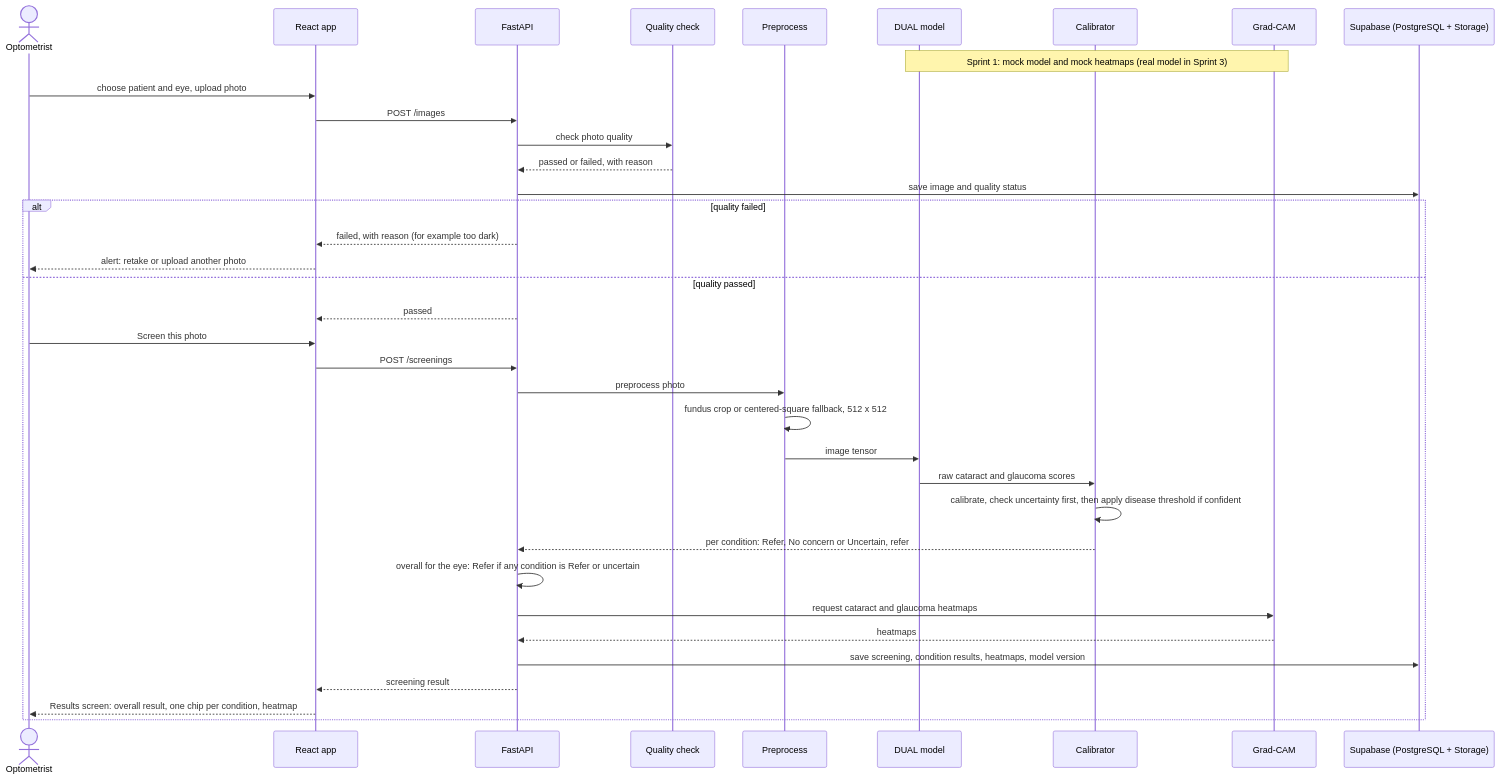
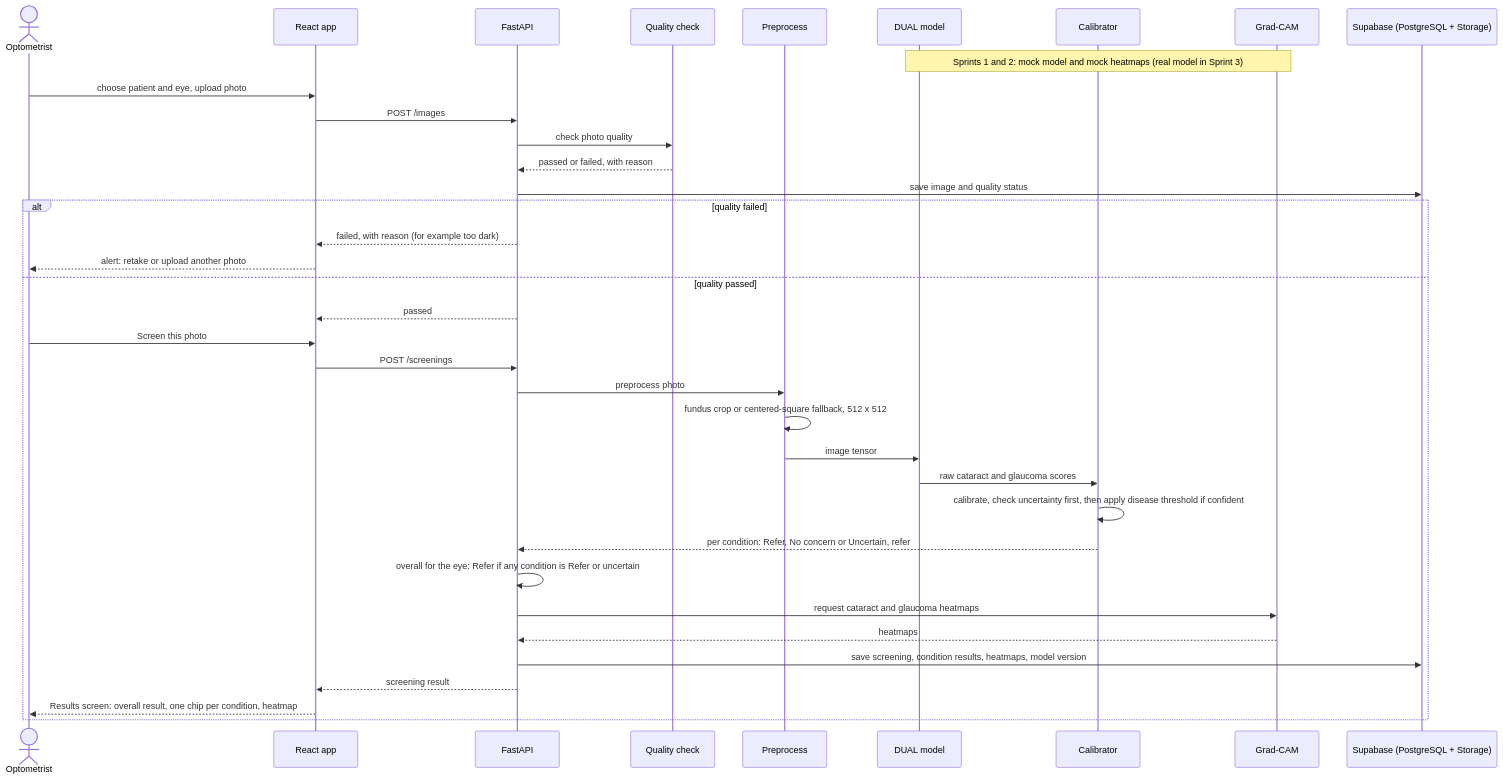
One commit to bhoamikhona/F2026-Team1 changed the diagram in documents/architecture_diagrams/Sequence_Diagram.mmd. Above: the diagram before and after it, drawn with Mermaid. The commit also changed 5 other files, not shown here.

Commit message:
Update conceptual, sequence and class diagrams for Sprint 2

```diff
--- a/documents/architecture_diagrams/Sequence_Diagram.mmd
+++ b/documents/architecture_diagrams/Sequence_Diagram.mmd
@@ -1,36 +1,36 @@
 sequenceDiagram
   actor U as Optometrist
   participant App as React app
   participant API as FastAPI
   participant Q as Quality check
   participant P as Preprocess
   participant M as DUAL model
   participant C as Calibrator
   participant G as Grad-CAM
   participant DB as Supabase (PostgreSQL + Storage)
-  Note over M,G: Sprint 1: mock model and mock heatmaps (real model in Sprint 3)
+  Note over M,G: Sprints 1 and 2: mock model and mock heatmaps (real model in Sprint 3)
   U->>App: choose patient and eye, upload photo
   App->>API: POST /images
   API->>Q: check photo quality
   Q-->>API: passed or failed, with reason
   API->>DB: save image and quality status
   alt quality failed
     API-->>App: failed, with reason (for example too dark)
     App-->>U: alert: retake or upload another photo
   else quality passed
     API-->>App: passed
     U->>App: Screen this photo
     App->>API: POST /screenings
     API->>P: preprocess photo
     P->>P: fundus crop or centered-square fallback, 512 x 512
     P->>M: image tensor
     M->>C: raw cataract and glaucoma scores
     C->>C: calibrate, check uncertainty first, then apply disease threshold if confident
     C-->>API: per condition: Refer, No concern or Uncertain, refer
     API->>API: overall for the eye: Refer if any condition is Refer or uncertain
     API->>G: request cataract and glaucoma heatmaps
     G-->>API: heatmaps
     API->>DB: save screening, condition results, heatmaps, model version
     API-->>App: screening result
     App-->>U: Results screen: overall result, one chip per condition, heatmap
   end
```
